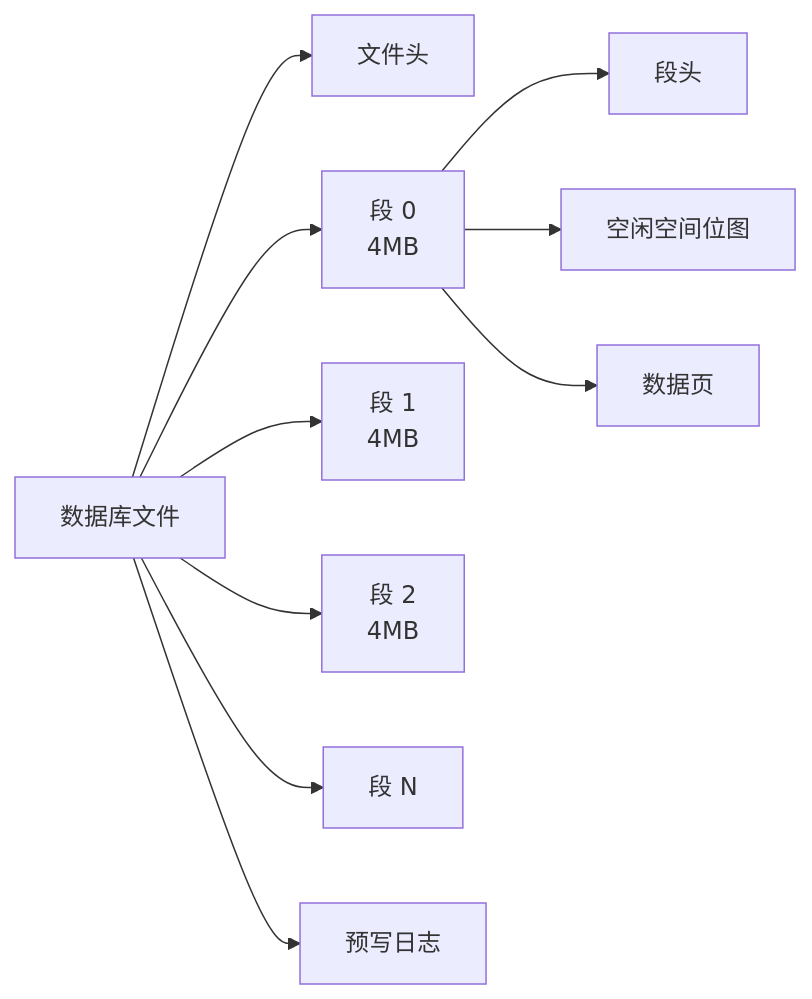
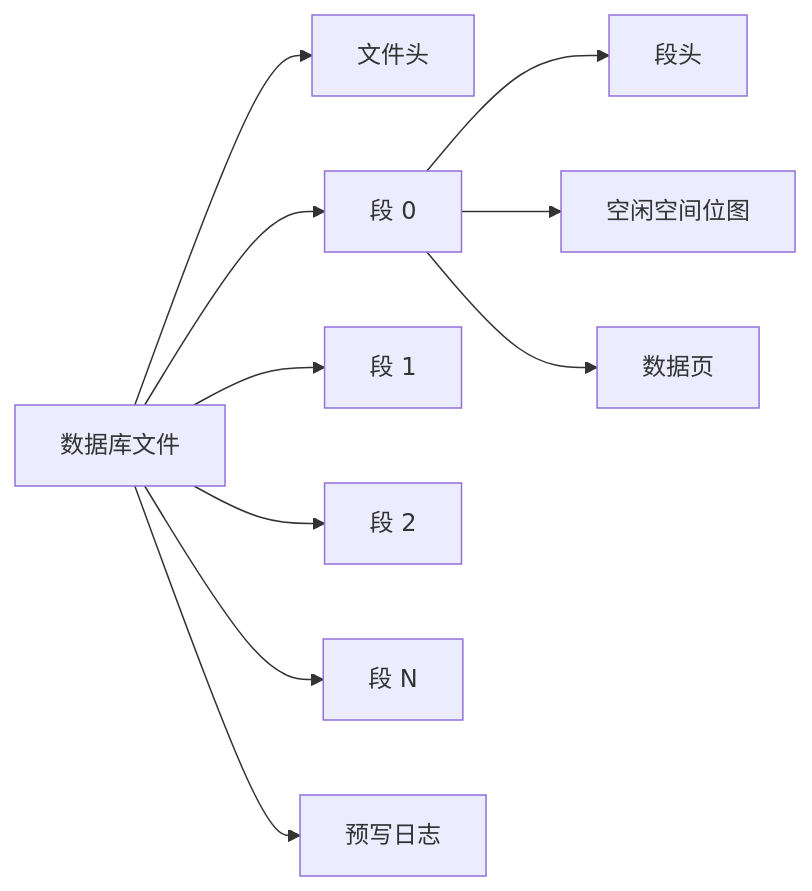
Before and after one commit to nexepic/zyx: the third of 4 diagrams in docs/zh/architecture/segment-format.md, drawn with Mermaid. The commit also changed other lines of this file and 21 other files, not shown here.

First line of the commit message:
fix: resolve Mermaid diagram display issues in VitePress

````diff
--- a/docs/zh/architecture/segment-format.md
+++ b/docs/zh/architecture/segment-format.md
@@ -120,13 +120,13 @@
 ```mermaid
 graph LR
     A[数据库文件] --> B[文件头]
-    A --> C[段 0<br/>4MB]
-    A --> D[段 1<br/>4MB]
-    A --> E[段 2<br/>4MB]
+    A --> C[段 0]
+    A --> D[段 1]
+    A --> E[段 2]
     A --> F[段 N]
     A --> G[预写日志]
 
     C --> H[段头]
     C --> I[空闲空间位图]
     C --> J[数据页]
 ```
````
